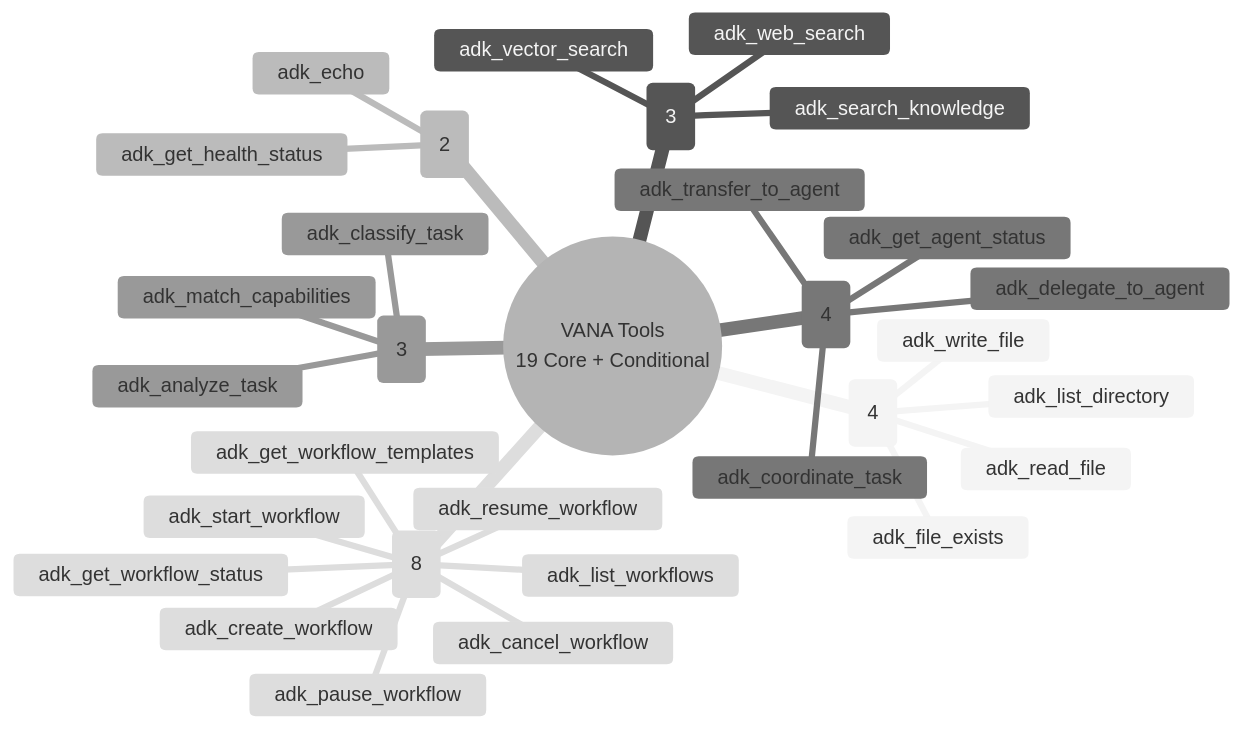
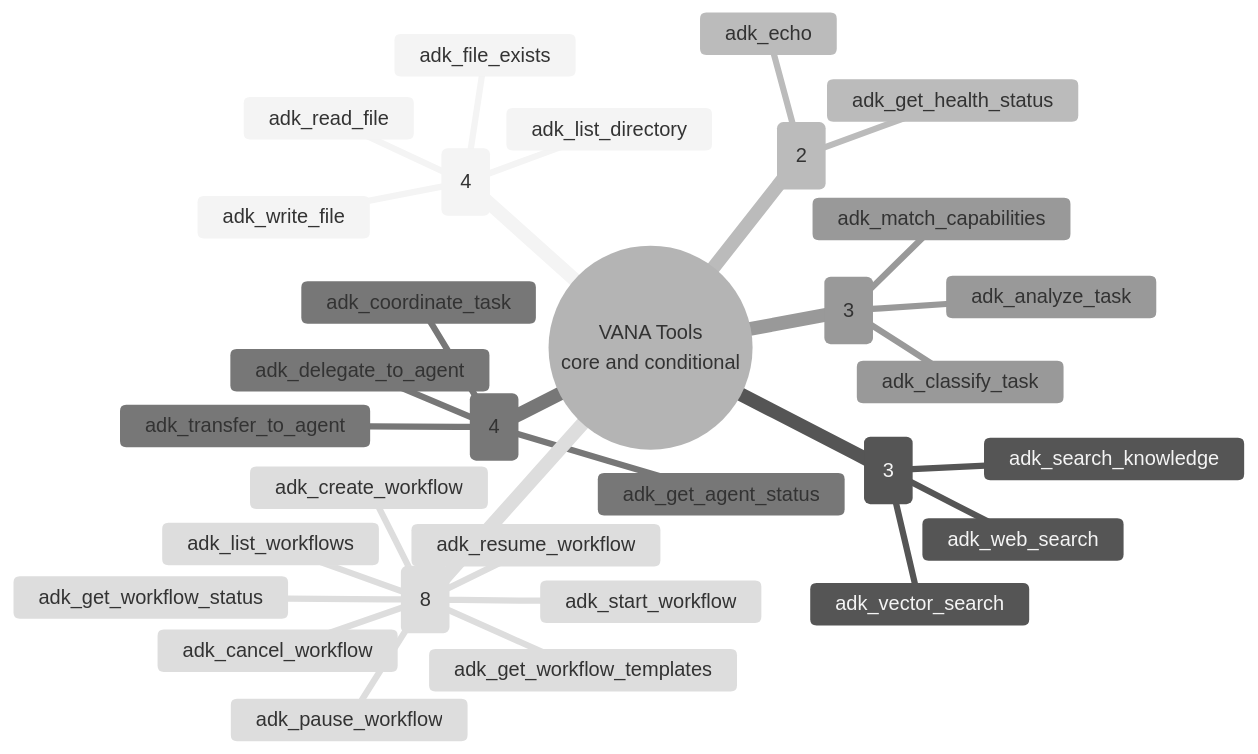
One commit to NickB03/vana changed the first of 7 diagrams in docs/assets/diagrams/tool-organization.md. Above: the diagram before and after it, drawn with Mermaid (neutral theme). The commit also changed other lines of this file and 18 other files, not shown here.

````diff
--- a/docs/assets/diagrams/tool-organization.md
+++ b/docs/assets/diagrams/tool-organization.md
@@ -7,34 +7,34 @@
 ```mermaid
 mindmap
-  root((VANA Tools<br/>19 Core + Conditional))
+  root((VANA Tools<br/>core and conditional))
     File System (4)
       adk_read_file
       adk_write_file
       adk_list_directory
       adk_file_exists
     Search (3)
       adk_vector_search
       adk_web_search
       adk_search_knowledge
     System (2)
       adk_echo
       adk_get_health_status
     Coordination (4)
       adk_coordinate_task
       adk_delegate_to_agent
       adk_get_agent_status
       adk_transfer_to_agent
     Task Analysis (3)
       adk_analyze_task
       adk_match_capabilities
       adk_classify_task
     Workflows (8)
       adk_create_workflow
       adk_start_workflow
       adk_get_workflow_status
       adk_list_workflows
       adk_pause_workflow
       adk_resume_workflow
       adk_cancel_workflow
       adk_get_workflow_templates
 ```
````
